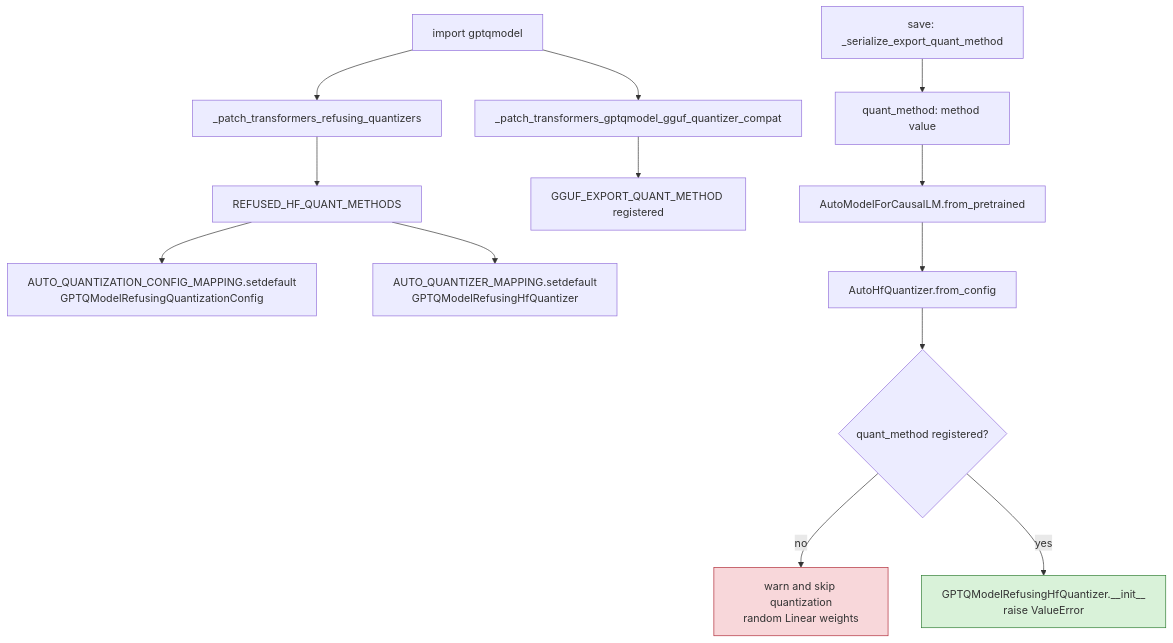
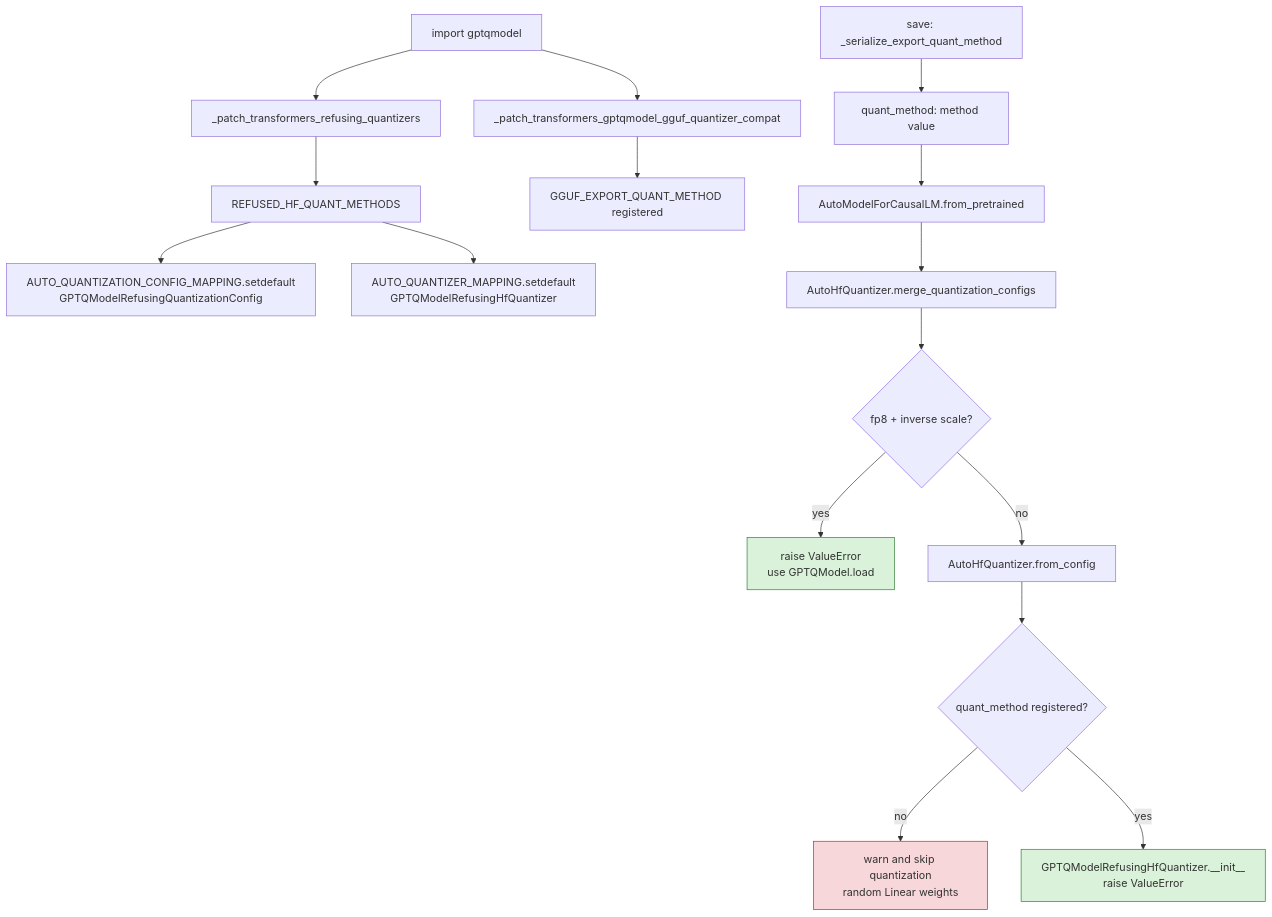
Before and after one commit to ModelCloud/GPTQModel: the eighth of 10 diagrams in docs/hf-interop.md, drawn with Mermaid. The commit also changed other lines of this file and 9 other files, not shown here.

````diff
--- a/docs/hf-interop.md
+++ b/docs/hf-interop.md
@@ -262,17 +265,21 @@
 ```mermaid
 flowchart TD
     A["import gptqmodel"] --> B["_patch_transformers_refusing_quantizers"]
     B --> C["REFUSED_HF_QUANT_METHODS"]
     C --> D["AUTO_QUANTIZATION_CONFIG_MAPPING.setdefault<br/>GPTQModelRefusingQuantizationConfig"]
     C --> E["AUTO_QUANTIZER_MAPPING.setdefault<br/>GPTQModelRefusingHfQuantizer"]
     A --> F["_patch_transformers_gptqmodel_gguf_quantizer_compat"]
     F --> F2["GGUF_EXPORT_QUANT_METHOD registered"]
     S["save: _serialize_export_quant_method"] --> S5["quant_method: method value"]
     S5 --> G
-    G["AutoModelForCausalLM.from_pretrained"] --> H["AutoHfQuantizer.from_config"]
-    H --> I{"quant_method registered?"}
+    G["AutoModelForCausalLM.from_pretrained"] --> H["AutoHfQuantizer.merge_quantization_configs"]
+    H --> H2{"fp8 + inverse scale?"}
+    H2 -- yes --> K2["raise ValueError<br/>use GPTQModel.load"]
+    H2 -- no --> H3["AutoHfQuantizer.from_config"]
+    H3 --> I{"quant_method registered?"}
     I -- no --> J["warn and skip quantization<br/>random Linear weights"]
     I -- yes --> K["GPTQModelRefusingHfQuantizer.__init__<br/>raise ValueError"]
     style J fill:#f8d7da,stroke:#b02a37
     style K fill:#d9f2d9,stroke:#2e7d32
+    style K2 fill:#d9f2d9,stroke:#2e7d32
 ```
````
